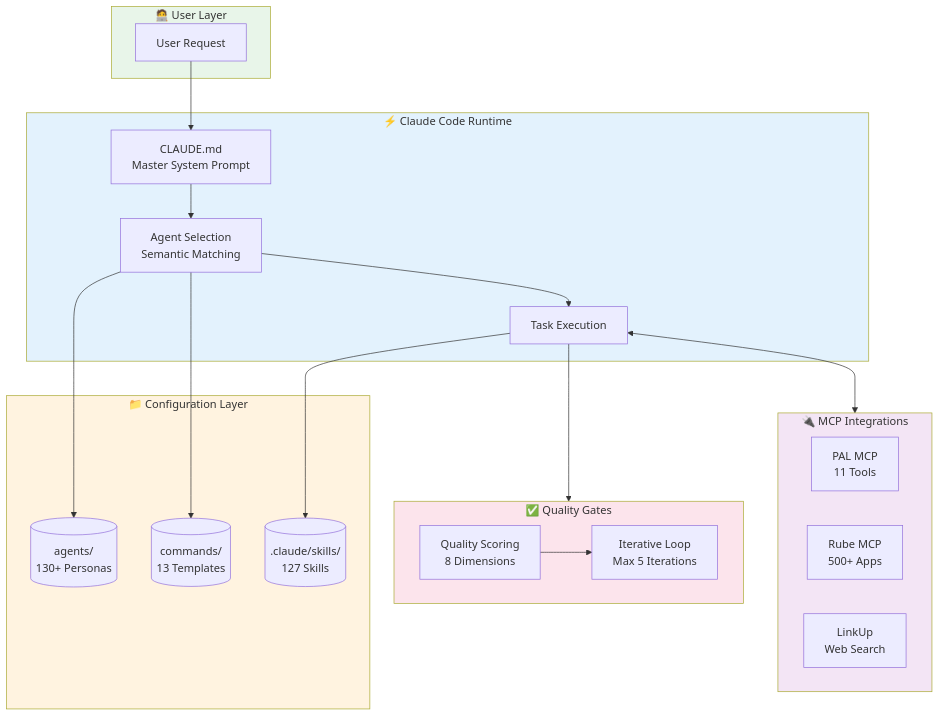
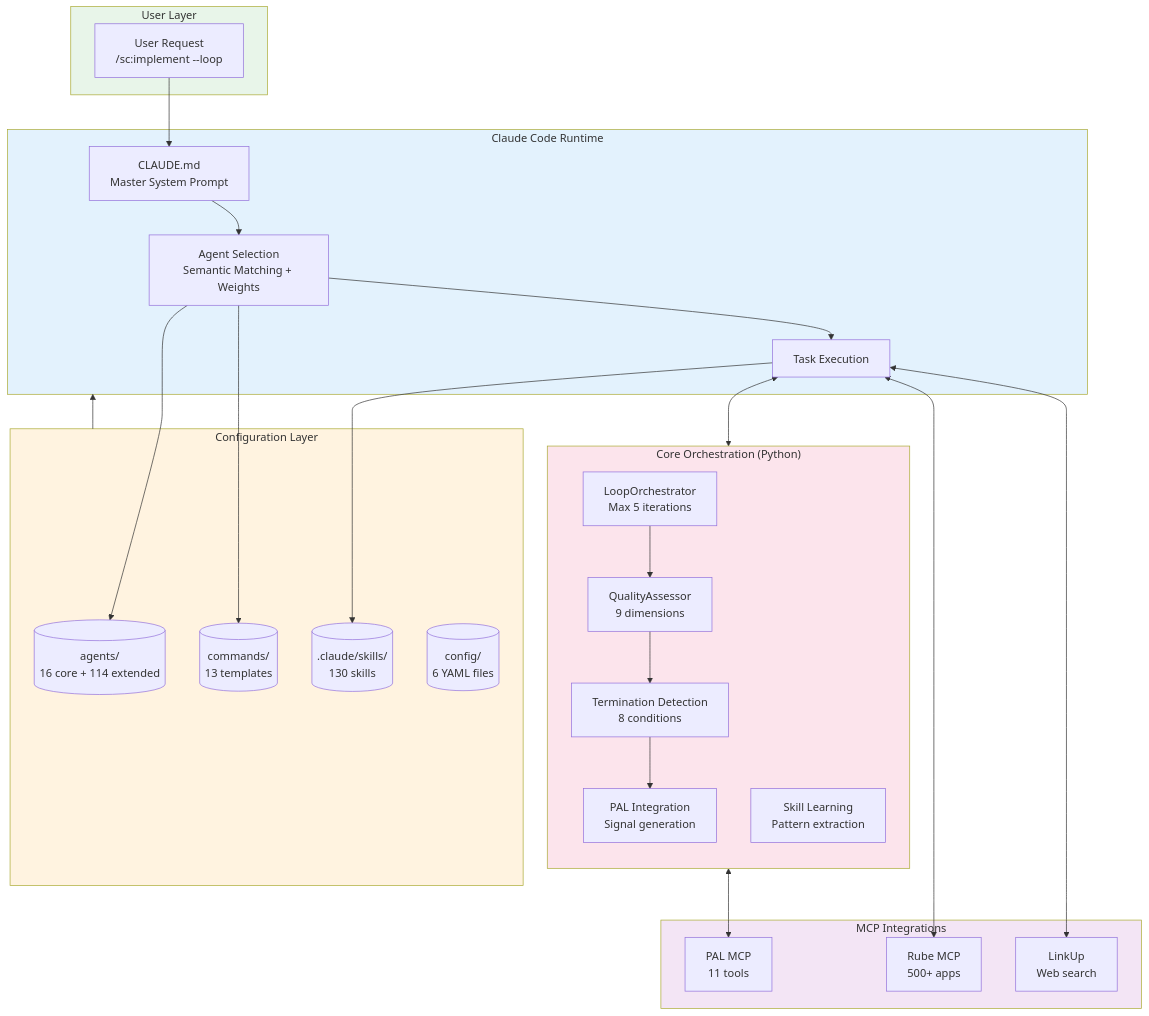
One commit to Tony363/SuperClaude changed the first of 9 diagrams in README.md. Above: the diagram before and after it, drawn with Mermaid. The commit also changed other lines of this file, not shown here.

First line of the commit message:
docs: comprehensive README.md rewrite with updated mermaid diagrams

````diff
--- a/README.md
+++ b/README.md
@@ -115,45 +122,55 @@
 ```mermaid
 flowchart TB
-    subgraph User["🧑‍💻 User Layer"]
-        REQ[User Request]
+    subgraph User["User Layer"]
+        REQ["User Request<br/>/sc:implement --loop"]
     end
 
-    subgraph Runtime["⚡ Claude Code Runtime"]
+    subgraph Runtime["Claude Code Runtime"]
         CLAUDE["CLAUDE.md<br/>Master System Prompt"]
-        SELECT["Agent Selection<br/>Semantic Matching"]
+        SELECT["Agent Selection<br/>Semantic Matching + Weights"]
         EXEC["Task Execution"]
     end
 
-    subgraph Config["📁 Configuration Layer"]
-        AGENTS[("agents/<br/>130+ Personas")]
-        COMMANDS[("commands/<br/>13 Templates")]
-        SKILLS[(".claude/skills/<br/>127 Skills")]
+    subgraph Config["Configuration Layer"]
+        AGENTS[("agents/<br/>16 core + 114 extended")]
+        COMMANDS[("commands/<br/>13 templates")]
+        SKILLS[(".claude/skills/<br/>130 skills")]
+        YAML[("config/<br/>6 YAML files")]
     end
 
-    subgraph Quality["✅ Quality Gates"]
-        SCORE["Quality Scoring<br/>8 Dimensions"]
-        LOOP["Iterative Loop<br/>Max 5 Iterations"]
+    subgraph Core["Core Orchestration (Python)"]
+        direction TB
+        LOOP["LoopOrchestrator<br/>Max 5 iterations"]
+        QUALITY["QualityAssessor<br/>9 dimensions"]
+        TERM["Termination Detection<br/>8 conditions"]
+        PALINT["PAL Integration<br/>Signal generation"]
+        LEARN["Skill Learning<br/>Pattern extraction"]
     end
 
-    subgraph MCP["🔌 MCP Integrations"]
-        PAL["PAL MCP<br/>11 Tools"]
-        RUBE["Rube MCP<br/>500+ Apps"]
-        LINKUP["LinkUp<br/>Web Search"]
+    subgraph MCP["MCP Integrations"]
+        PAL["PAL MCP<br/>11 tools"]
+        RUBE["Rube MCP<br/>500+ apps"]
+        LINKUP["LinkUp<br/>Web search"]
     end
 
     REQ --> CLAUDE
     CLAUDE --> SELECT
     SELECT --> AGENTS
     SELECT --> COMMANDS
     SELECT --> EXEC
     EXEC --> SKILLS
-    EXEC --> Quality
-    SCORE --> LOOP
-    EXEC <--> MCP
+    EXEC <--> Core
+    LOOP --> QUALITY
+    QUALITY --> TERM
+    TERM --> PALINT
+    PALINT <--> PAL
+    EXEC <--> RUBE
+    EXEC <--> LINKUP
+    Config --> Runtime
 
     style User fill:#e8f5e9
     style Runtime fill:#e3f2fd
     style Config fill:#fff3e0
-    style Quality fill:#fce4ec
+    style Core fill:#fce4ec
     style MCP fill:#f3e5f5
 ```
````
